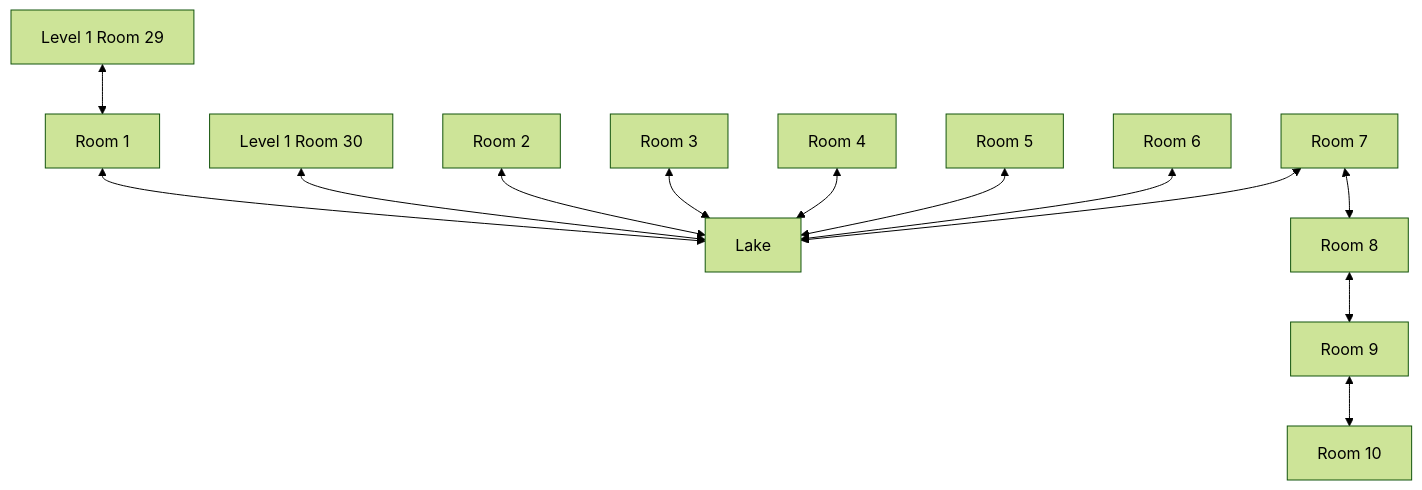
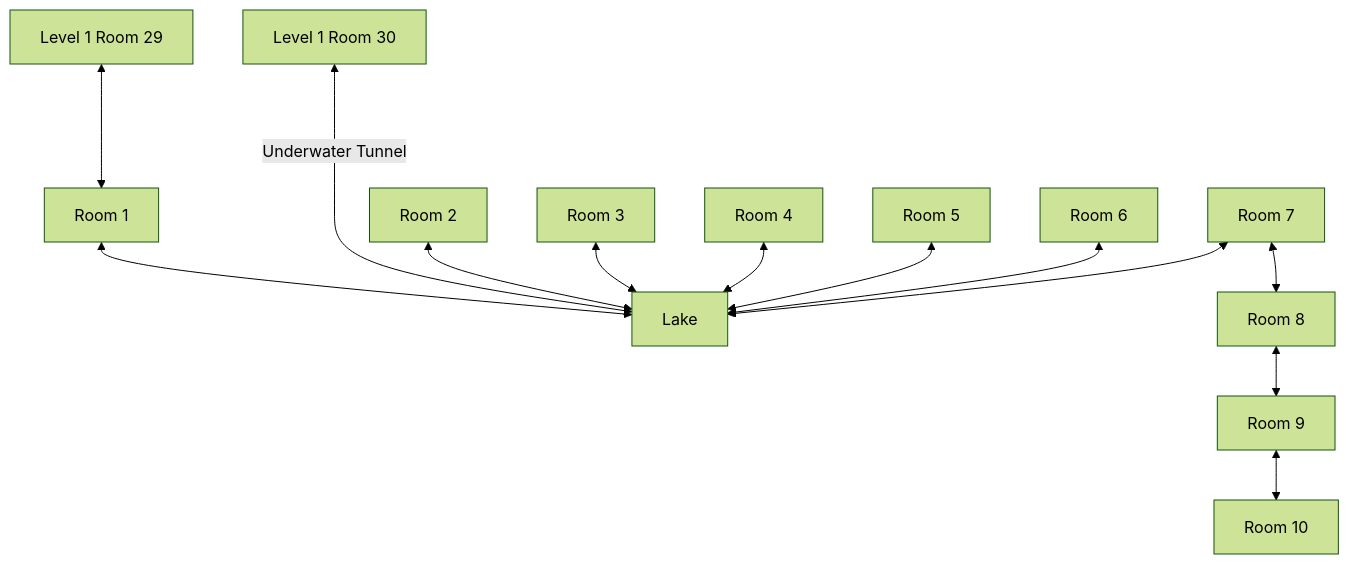
Before and after one commit to SlothBorg/Dungeon23: the diagram in Dungeon/Level_02/README.md, drawn with Mermaid (forest theme). The commit also changed 2 other files, not shown here.

````diff
--- a/Dungeon/Level_02/README.md
+++ b/Dungeon/Level_02/README.md
@@ -3,16 +3,16 @@
 ```mermaid
 flowchart TD
-    P29[Level 1 Room 29] <--> A1[Room 1]
-    A1 <--> La[Lake]
-    P30[Level 1 Room 30] <--> La
-    A2[Room 2] <--> La
-    A3[Room 3] <--> La
-    A4[Room 4] <--> La
-    A5[Room 5] <--> La
-    A6[Room 6] <--> La
-    A7[Room 7] <--> La
-    A7 <--> A8[Room 8]
-    A8 <--> A9[Room 9]
-    A9 <--> A10[Room 10]
+    A29[Level 1 Room 29] <---> B1[Room 1]
+    B1 <--> La[Lake]
+    A30[Level 1 Room 30] <-- Underwater Tunnel ----> La
+    B2[Room 2] <--> La
+    B3[Room 3] <--> La
+    B4[Room 4] <--> La
+    B5[Room 5] <--> La
+    B6[Room 6] <--> La
+    B7[Room 7] <--> La
+    B7 <--> B8[Room 8]
+    B8 <--> B9[Room 9]
+    B9 <--> B10[Room 10]
 
 ```
````
